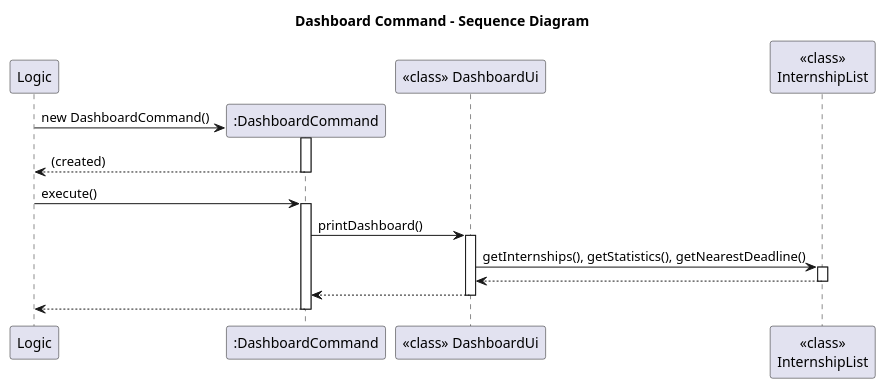
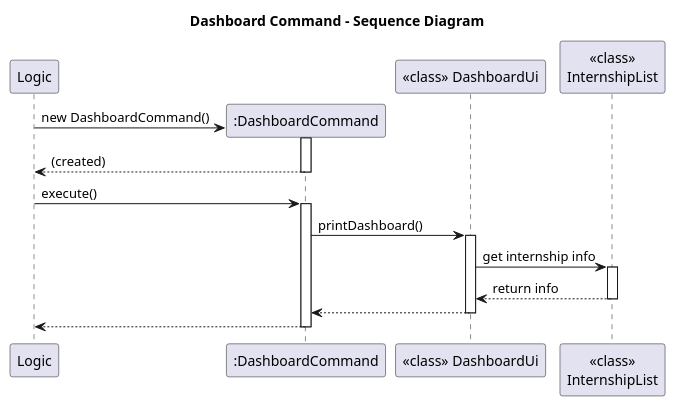
One commit to BenyAlbatross/tp changed the diagram in docs/diagrams/DashboardCommandSD.puml. Above: the diagram before and after it, drawn with PlantUML. The commit also changed 1 other file, not shown here.

Commit message:
Update Dashboard UML

```diff
--- a/docs/diagrams/DashboardCommandSD.puml
+++ b/docs/diagrams/DashboardCommandSD.puml
@@ -1,29 +1,29 @@
 @startuml
 title Dashboard Command - Sequence Diagram
 
 participant Logic
 create ":DashboardCommand" as DC
 participant "<<class>> DashboardUi" as DUi
 participant "<<class>>\nInternshipList" as IL
 
 Logic -> DC** : new DashboardCommand()
 activate DC
 return (created)
 
 Logic -> DC : execute()
 activate DC
 
 DC -> DUi : printDashboard()
 activate DUi
 
-DUi -> IL : getInternships(), getStatistics(), getNearestDeadline()
+DUi -> IL : get internship info
 activate IL
-IL --> DUi
+IL --> DUi : return info
 deactivate IL
 
 DUi --> DC
 deactivate DUi
 
 DC --> Logic
 deactivate DC
 @enduml
```
